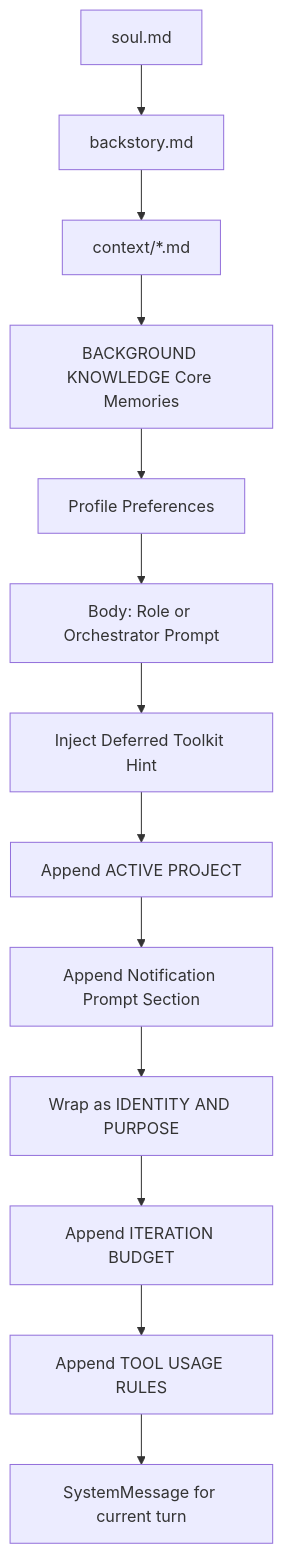
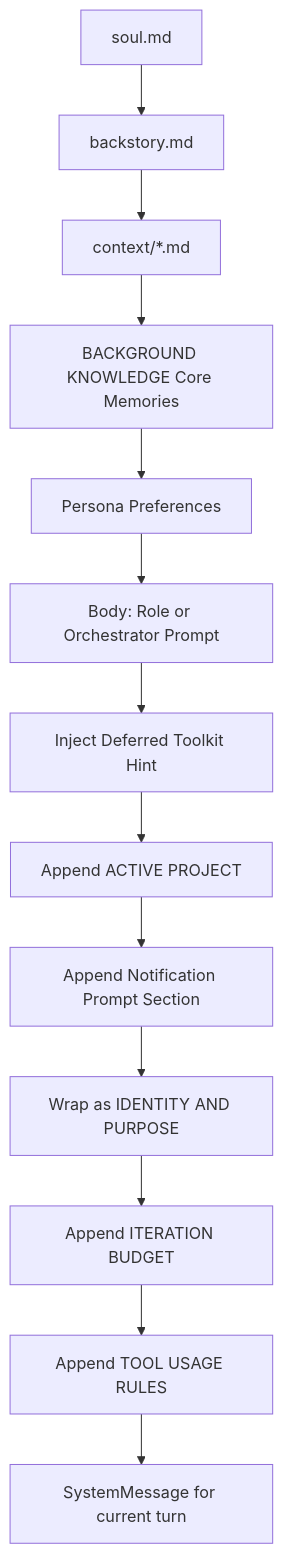
The second of 5 diagrams in docs/CHAT.md (AgentCoqui/coqui), drawn with Mermaid before and after one commit. The commit also changed other lines of this file and 116 other files, not shown here.

Commit message:
refactor(persona): sweep residual identity identifiers; close profile->persona rename

````diff
--- a/docs/CHAT.md
+++ b/docs/CHAT.md
@@ -115,15 +115,15 @@
 ```mermaid
 flowchart TD
     A[soul.md] --> B[backstory.md]
     B --> B2[context/*.md]
     B2 --> C[BACKGROUND KNOWLEDGE Core Memories]
-    C --> C2[Profile Preferences]
+    C --> C2[Persona Preferences]
     C2 --> A2[Body: Role or Orchestrator Prompt]
     A2 --> D[Inject Deferred Toolkit Hint]
     D --> E[Append ACTIVE PROJECT]
     E --> F[Append Notification Prompt Section]
     F --> G[Wrap as IDENTITY AND PURPOSE]
     G --> H[Append ITERATION BUDGET]
     H --> I[Append TOOL USAGE RULES]
     I --> J[SystemMessage for current turn]
 ```
````
